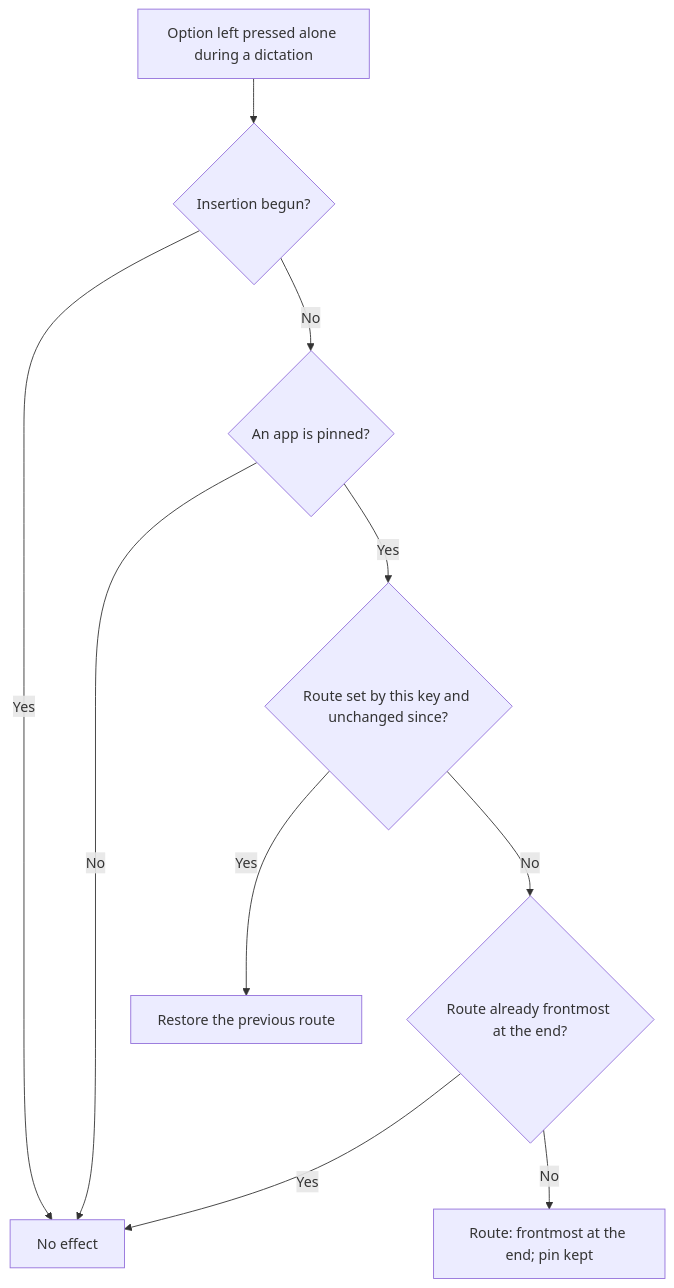
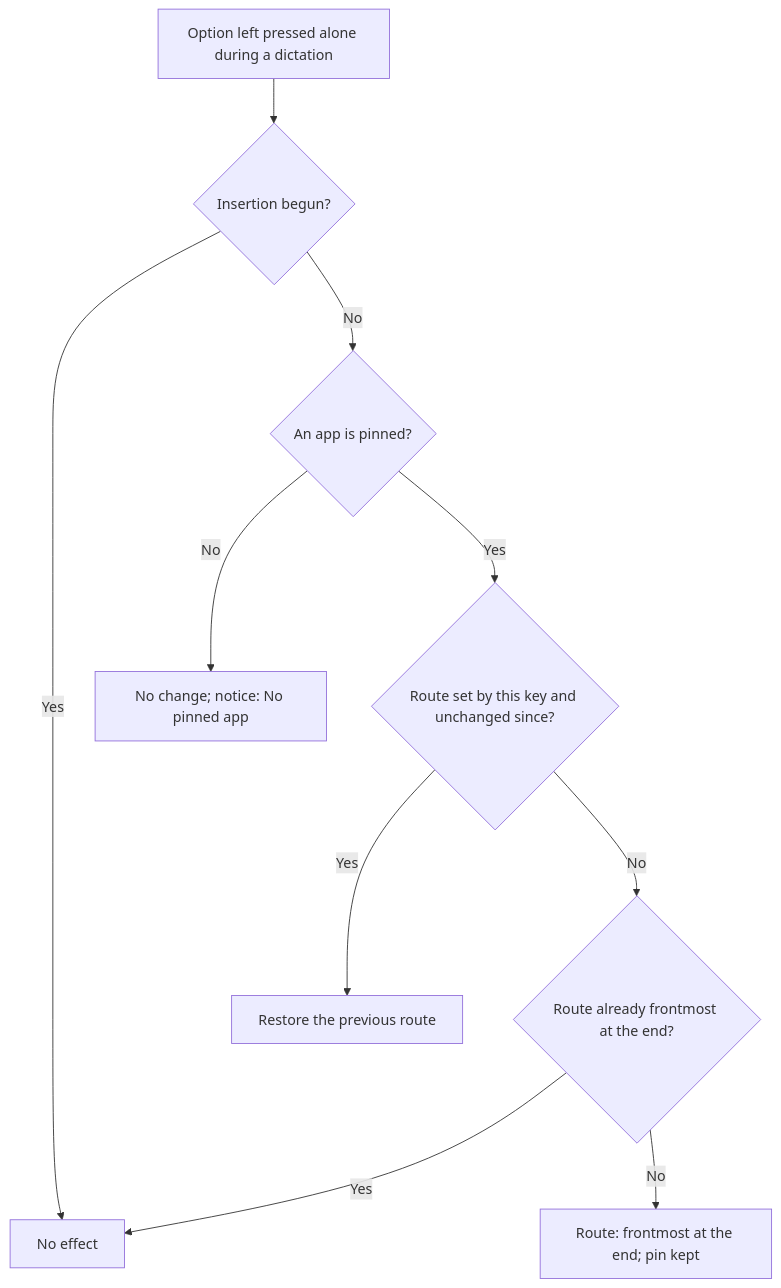
Before and after one commit to julien-m/handy: the first of 4 diagrams in .specs/features/014-in-dictation-keys/spec.md, drawn with Mermaid. The commit also changed other lines of this file and 42 other files, not shown here.

First line of the commit message:
fix(014): show "No pinned app" when the send-to-front key has nothing to step away from

````diff
--- a/.specs/features/014-in-dictation-keys/spec.md
+++ b/.specs/features/014-in-dictation-keys/spec.md
@@ -61,12 +67,12 @@
 ```mermaid
 flowchart TD
   A[Option left pressed alone during a dictation] --> B{Insertion begun?}
   B -- Yes --> Z[No effect]
   B -- No --> C{An app is pinned?}
-  C -- No --> Z
+  C -- No --> N[No change; notice: No pinned app]
   C -- Yes --> D{Route set by this key and unchanged since?}
   D -- Yes --> E[Restore the previous route]
   D -- No --> F{Route already frontmost at the end?}
   F -- Yes --> Z
   F -- No --> G[Route: frontmost at the end; pin kept]
 ```
````
